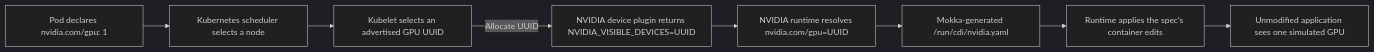
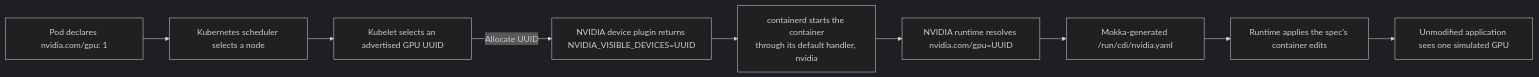
The diagram in docs/guides/install/aws/eks/README.md (NVIDIA/k8s-test-infra), drawn with Mermaid (dark theme) before and after one commit. The commit also changed other lines of this file and 89 other files, not shown here.

````diff
--- a/docs/guides/install/aws/eks/README.md
+++ b/docs/guides/install/aws/eks/README.md
@@ -302,19 +290,21 @@
 ```mermaid
 flowchart LR
     Pod[Pod declares nvidia.com/gpu: 1]
     Scheduler[Kubernetes scheduler selects a node]
     Kubelet[Kubelet selects an advertised GPU UUID]
     Plugin[NVIDIA device plugin returns NVIDIA_VISIBLE_DEVICES=UUID]
+    Handler[containerd starts the container<br/>through its default handler, nvidia]
     Runtime[NVIDIA runtime resolves nvidia.com/gpu=UUID]
     Spec[Mokka-generated /run/cdi/nvidia.yaml]
     OCI[Runtime applies the spec's container edits]
     App[Unmodified application sees one simulated GPU]
 
     Pod --> Scheduler
     Scheduler --> Kubelet
     Kubelet -->|Allocate UUID| Plugin
-    Plugin --> Runtime
+    Plugin --> Handler
+    Handler --> Runtime
     Runtime --> Spec
     Spec --> OCI
     OCI --> App
 ```
````
